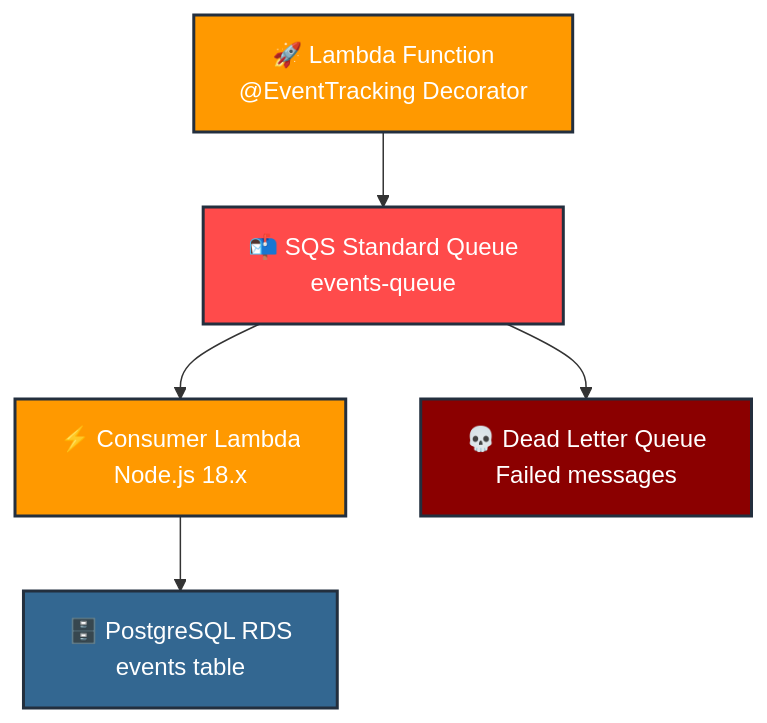
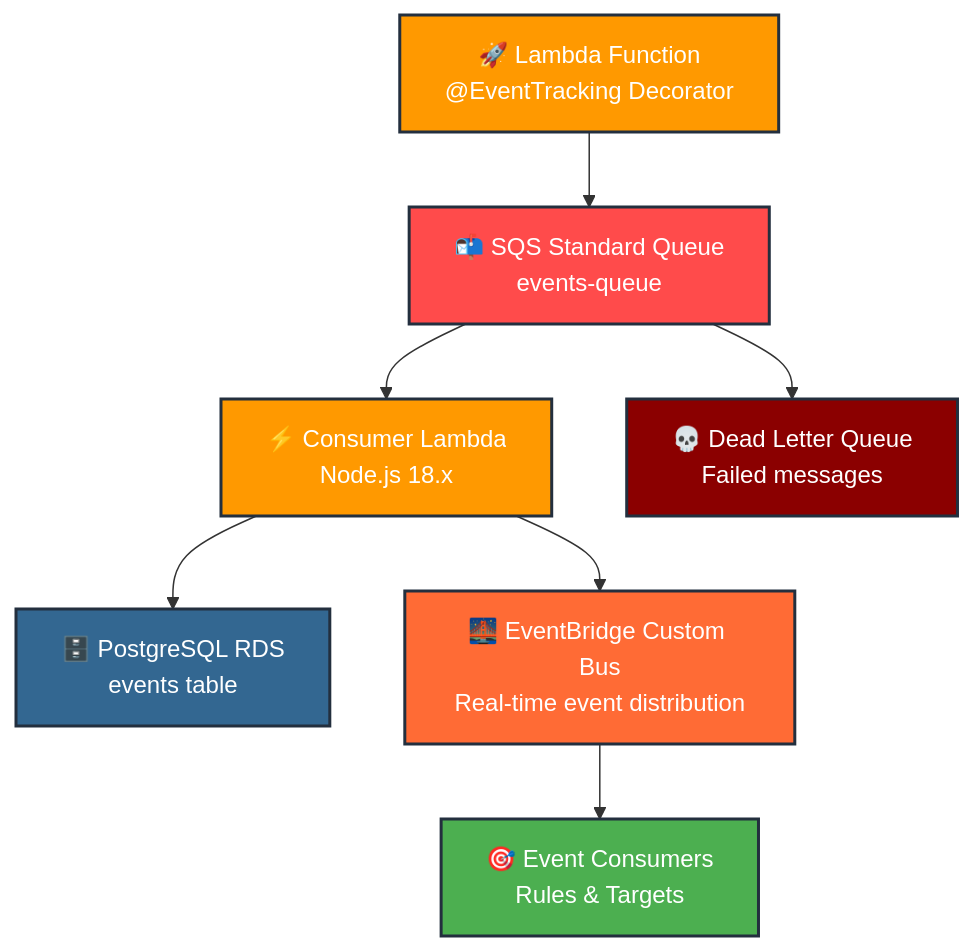
The first of 4 diagrams in README.md (ToldYaOnce/kx-event-tracking), drawn with Mermaid before and after one commit. The commit also changed other lines of this file and 29 other files, not shown here.

````diff
--- a/README.md
+++ b/README.md
@@ -18,13 +18,17 @@
 ```mermaid
 graph TD
     A["🚀 Lambda Function<br/>@EventTracking Decorator"] --> B["📬 SQS Standard Queue<br/>events-queue"]
     B --> C["⚡ Consumer Lambda<br/>Node.js 18.x"]
     C --> D["🗄️ PostgreSQL RDS<br/>events table"]
+    C --> F["🌉 EventBridge Custom Bus<br/>Real-time event distribution"]
     B --> E["💀 Dead Letter Queue<br/>Failed messages"]
+    F --> G["🎯 Event Consumers<br/>Rules & Targets"]
     
     style A fill:#ff9900,stroke:#232f3e,stroke-width:2px,color:#fff
     style B fill:#ff4b4b,stroke:#232f3e,stroke-width:2px,color:#fff
     style C fill:#ff9900,stroke:#232f3e,stroke-width:2px,color:#fff
     style D fill:#336791,stroke:#232f3e,stroke-width:2px,color:#fff
     style E fill:#8b0000,stroke:#232f3e,stroke-width:2px,color:#fff
+    style F fill:#ff6b35,stroke:#232f3e,stroke-width:2px,color:#fff
+    style G fill:#4CAF50,stroke:#232f3e,stroke-width:2px,color:#fff
 ```
````
